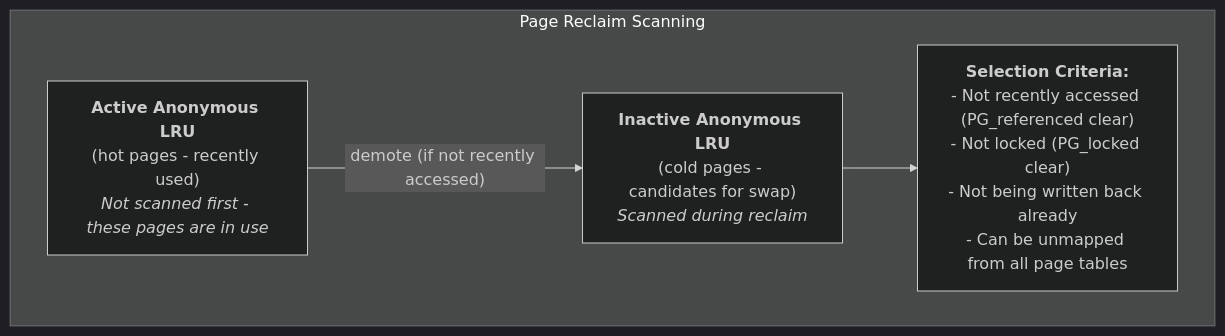
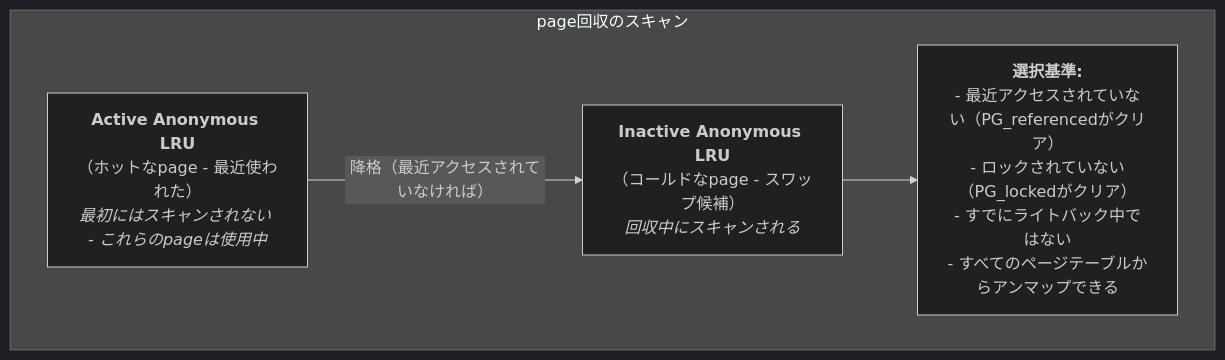
One commit to doguto/linux-kernel-internals-jp changed the third of 16 diagrams in docs/mm/swapping.md. Above: the diagram before and after it, drawn with Mermaid (dark theme). The commit also changed other lines of this file and 27 other files, not shown here.

````diff
--- a/docs/mm/swapping.md
+++ b/docs/mm/swapping.md
@@ -46,11 +46,11 @@
 ```mermaid
 flowchart TB
-    subgraph PageReclaimScanning["Page Reclaim Scanning"]
-        ActiveLRU["<b>Active Anonymous LRU</b><br/>(hot pages - recently used)<br/><i>Not scanned first - these pages are in use</i>"]
-        InactiveLRU["<b>Inactive Anonymous LRU</b><br/>(cold pages - candidates for swap)<br/><i>Scanned during reclaim</i>"]
-        Selection["<b>Selection Criteria:</b><br/>- Not recently accessed (PG_referenced clear)<br/>- Not locked (PG_locked clear)<br/>- Not being written back already<br/>- Can be unmapped from all page tables"]
+    subgraph PageReclaimScanning["page回収のスキャン"]
+        ActiveLRU["<b>Active Anonymous LRU</b><br/>（ホットなpage - 最近使われた）<br/><i>最初にはスキャンされない - これらのpageは使用中</i>"]
+        InactiveLRU["<b>Inactive Anonymous LRU</b><br/>（コールドなpage - スワップ候補）<br/><i>回収中にスキャンされる</i>"]
+        Selection["<b>選択基準:</b><br/>- 最近アクセスされていない（PG_referencedがクリア）<br/>- ロックされていない（PG_lockedがクリア）<br/>- すでにライトバック中ではない<br/>- すべてのページテーブルからアンマップできる"]
 
-        ActiveLRU -->|"demote (if not recently accessed)"| InactiveLRU
+        ActiveLRU -->|"降格（最近アクセスされていなければ）"| InactiveLRU
         InactiveLRU --> Selection
     end
 ```
````
